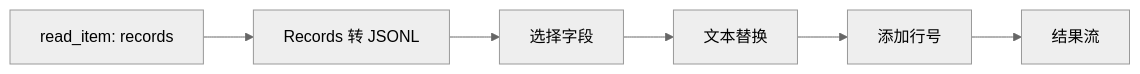
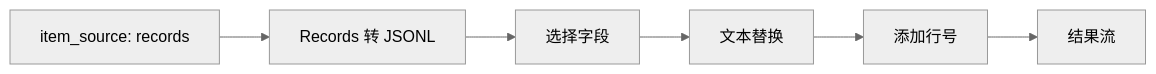
One commit to rdcn-link/xstream-codex changed the diagram in examples/operators/scripts/README_zh.md. Above: the diagram before and after it, drawn with Mermaid (neutral theme). The commit also changed 451 other files, not shown here.

````diff
--- a/examples/operators/scripts/README_zh.md
+++ b/examples/operators/scripts/README_zh.md
@@ -30,8 +30,8 @@
 ```mermaid
 flowchart LR
-  A[read_item: records] --> B[Records 转 JSONL]
+  A[item_source: records] --> B[Records 转 JSONL]
   B --> C[选择字段]
   C --> D[文本替换]
   D --> E[添加行号]
   E --> F[结果流]
 ```
````
